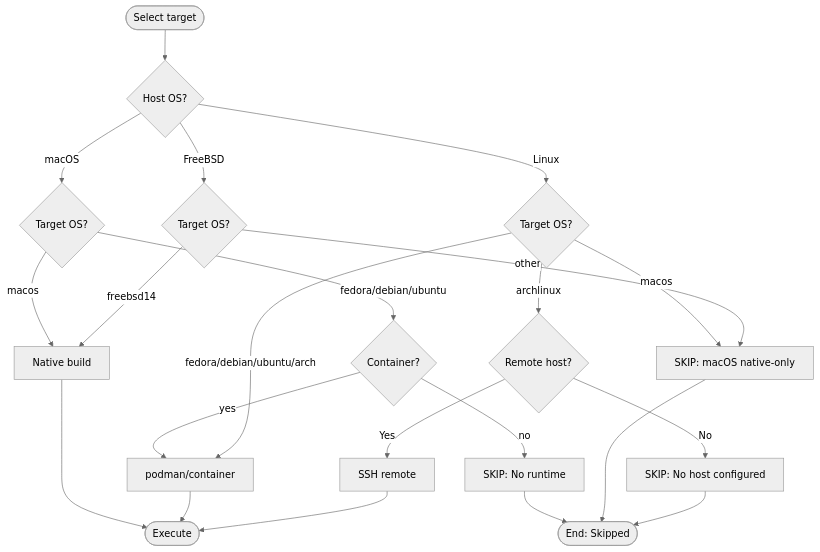
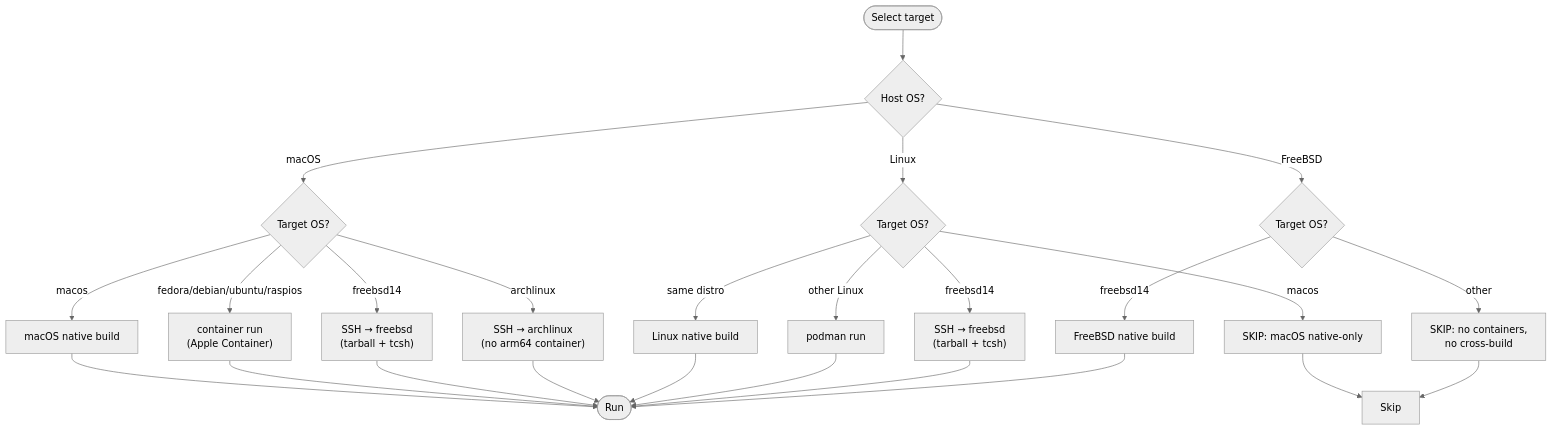
Before and after one commit to ebruno/codesamples: the fourth of 4 diagrams in ringbuffer/README.md, drawn with Mermaid (neutral theme). The commit also changed other lines of this file and 14 other files, not shown here.

````diff
--- a/ringbuffer/README.md
+++ b/ringbuffer/README.md
@@ -880,28 +885,32 @@
 ```mermaid
 flowchart TD
     Start([Select target]) --> Host{Host OS?}
 
-    Host -->|macOS| MacCheck{Target OS?}
-    MacCheck -->|macos| Native[Native build]
-    MacCheck -->|fedora/debian/ubuntu| Container{Container?}
-    Container -->|yes| PodmanCont[podman/container]
-    Container -->|no| Skip[SKIP: No runtime]
+    Host -->|macOS| MacTarget{Target OS?}
+    MacTarget -->|macos| MacNative[macOS native build]
+    MacTarget -->|fedora/debian/ubuntu/raspios| MacContainer["container run<br>(Apple Container)"]
+    MacTarget -->|freebsd14| MacSsh["SSH → freebsd<br>(tarball + tcsh)"]
+    MacTarget -->|archlinux| MacArchSsh["SSH → archlinux<br>(no arm64 container)"]
 
-    Host -->|Linux| LinuxCheck{Target OS?}
-    LinuxCheck -->|macos| SkipMac[SKIP: macOS native-only]
-    LinuxCheck -->|fedora/debian/ubuntu/arch| PodmanCont
-    LinuxCheck -->|archlinux| SshCheck{Remote host?}
-    SshCheck -->|Yes| SshRemote[SSH remote]
-    SshCheck -->|No| SkipArch[SKIP: No host configured]
+    Host -->|Linux| LinuxTarget{Target OS?}
+    LinuxTarget -->|same distro| LinuxNative[Linux native build]
+    LinuxTarget -->|other Linux| LinuxContainer["podman run"]
+    LinuxTarget -->|freebsd14| LinuxSsh["SSH → freebsd<br>(tarball + tcsh)"]
+    LinuxTarget -->|macos| LinuxSkip[SKIP: macOS native-only]
 
-    Host -->|FreeBSD| FBSDCheck{Target OS?}
-    FBSDCheck -->|freebsd14| Native
-    FBSDCheck -->|other| SkipMac
+    Host -->|FreeBSD| FbsdTarget{Target OS?}
+    FbsdTarget -->|freebsd14| FbsdNative[FreeBSD native build]
+    FbsdTarget -->|other| FbsdSkip[SKIP: no containers,<br>no cross-build]
 
-    Native --> End([Execute])
-    PodmanCont --> End
-    SshRemote --> End
-    Skip --> EndSkip([End: Skipped])
-    SkipMac --> EndSkip
-    SkipArch --> EndSkip
+    MacNative --> Run([Run])
+    MacContainer --> Run
+    MacSsh --> Run
+    MacArchSsh --> Run
+    LinuxNative --> Run
+    LinuxContainer --> Run
+    LinuxSsh --> Run
+    FbsdNative --> Run
+
+    LinuxSkip --> Skip
+    FbsdSkip --> Skip
 ```
````
